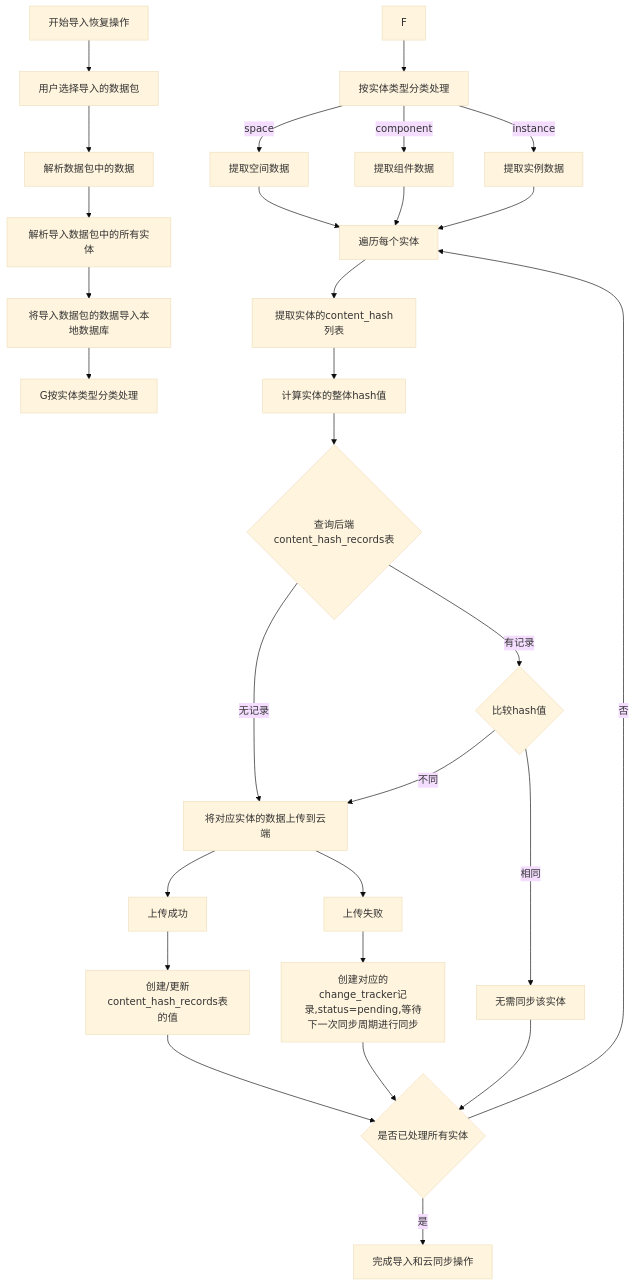
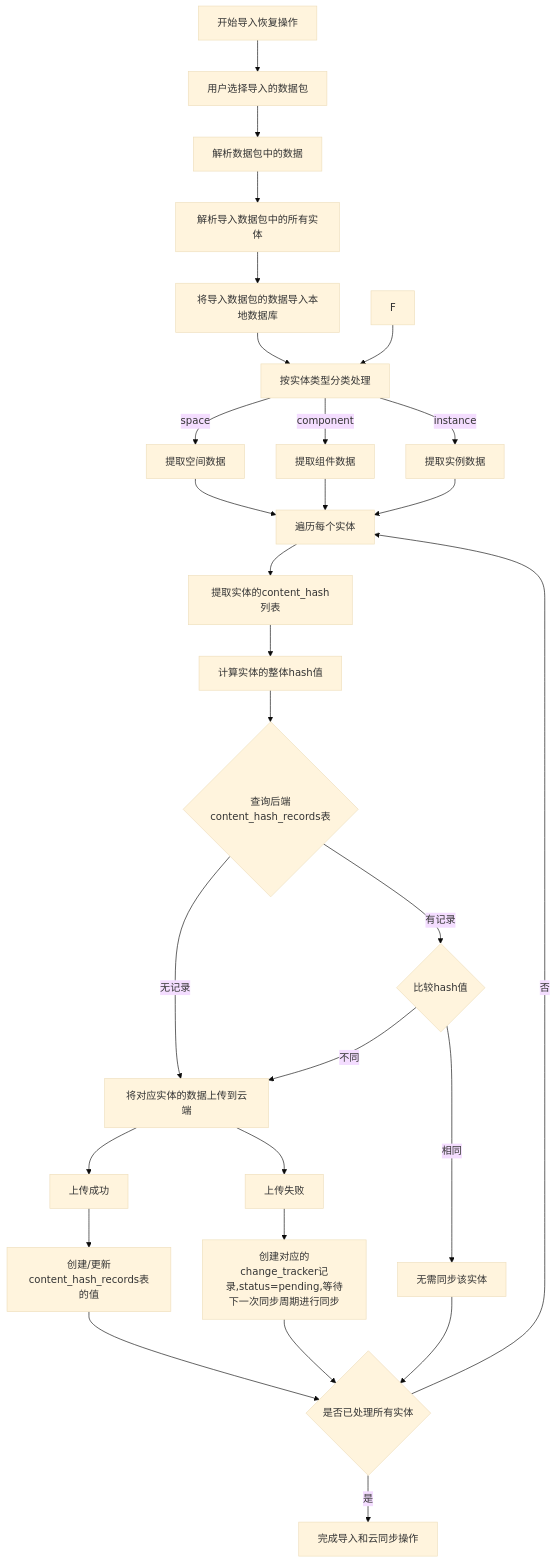
Before and after one commit to yingjianzh/iodraw-files: the diagram in all/未命名-45.md, drawn with Mermaid (base theme).

Commit message:
2025-04-27 17:32:32 update

````diff
--- a/all/未命名-45.md
+++ b/all/未命名-45.md
@@ -1,46 +1,46 @@
 ```mermaid
 
 flowchart TD
     A[开始导入恢复操作] --> B[用户选择导入的数据包]
     B --> C[解析数据包中的数据]
     
     C --> D[解析导入数据包中的所有实体]
     D --> E[将导入数据包的数据导入本地数据库]
     
-    E --> G按实体类型分类处理
+    E --> G[按实体类型分类处理]
     F --> G[按实体类型分类处理]
     
     G -->|space| H1[提取空间数据]
     G -->|component| H2[提取组件数据]
     G -->|instance| H3[提取实例数据]
     
     H1 --> I[遍历每个实体]
     H2 --> I
     H3 --> I
     
     I --> J[提取实体的content_hash列表]
     J --> K[计算实体的整体hash值]
     
     K --> L{查询后端content_hash_records表}
     L -->|无记录| M1[将对应实体的数据上传到云端]
     M1 --> N1[上传成功]
     M1 --> N2[上传失败]
     
     N2 --> N3[创建对应的change_tracker记录,status=pending,等待下一次同步周期进行同步]
     N3 --> S
     N1 --> M4[创建/更新content_hash_records表的值]
 
 
     L -->|有记录| M2{比较hash值}
     M2 -->|不同| M1
 
     M2 -->|相同| M3[无需同步该实体]
     
     
     M3 --> S{是否已处理所有实体}
     M4 --> S{是否已处理所有实体}
     
     S -->|否| I
     S -->|是| T[完成导入和云同步操作]
 
 ```
````
